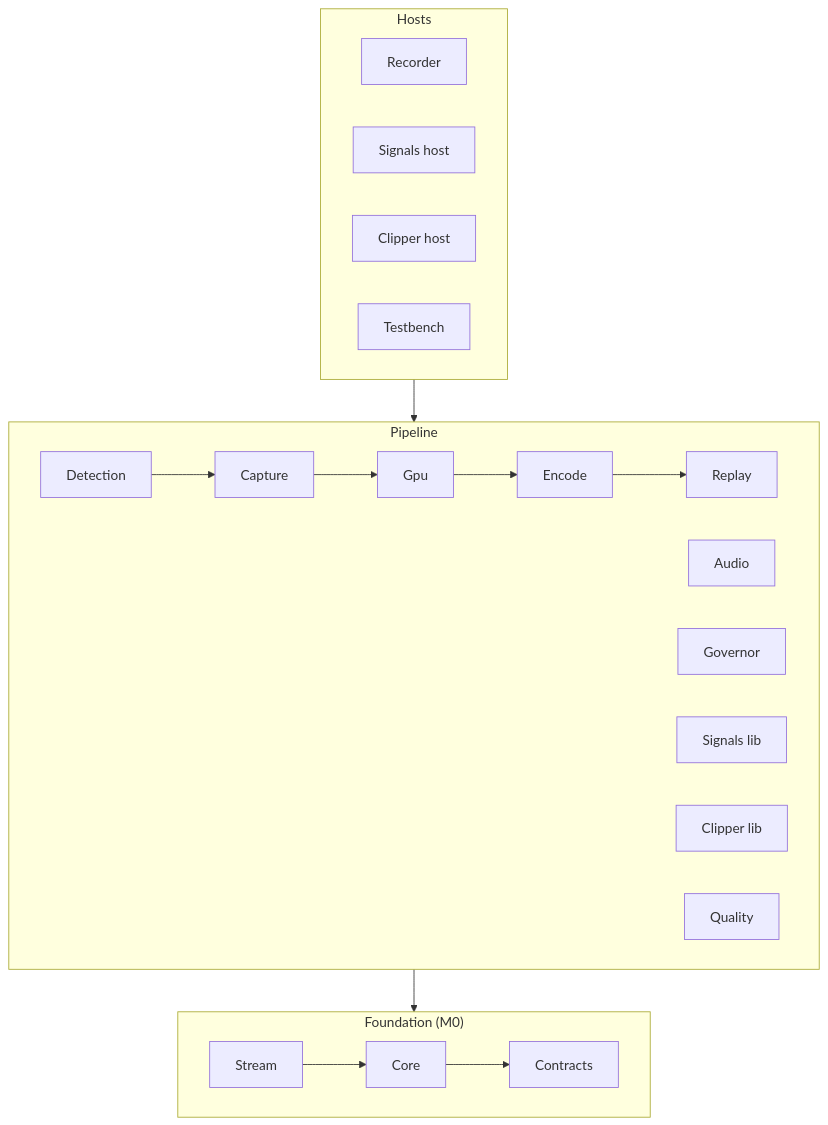
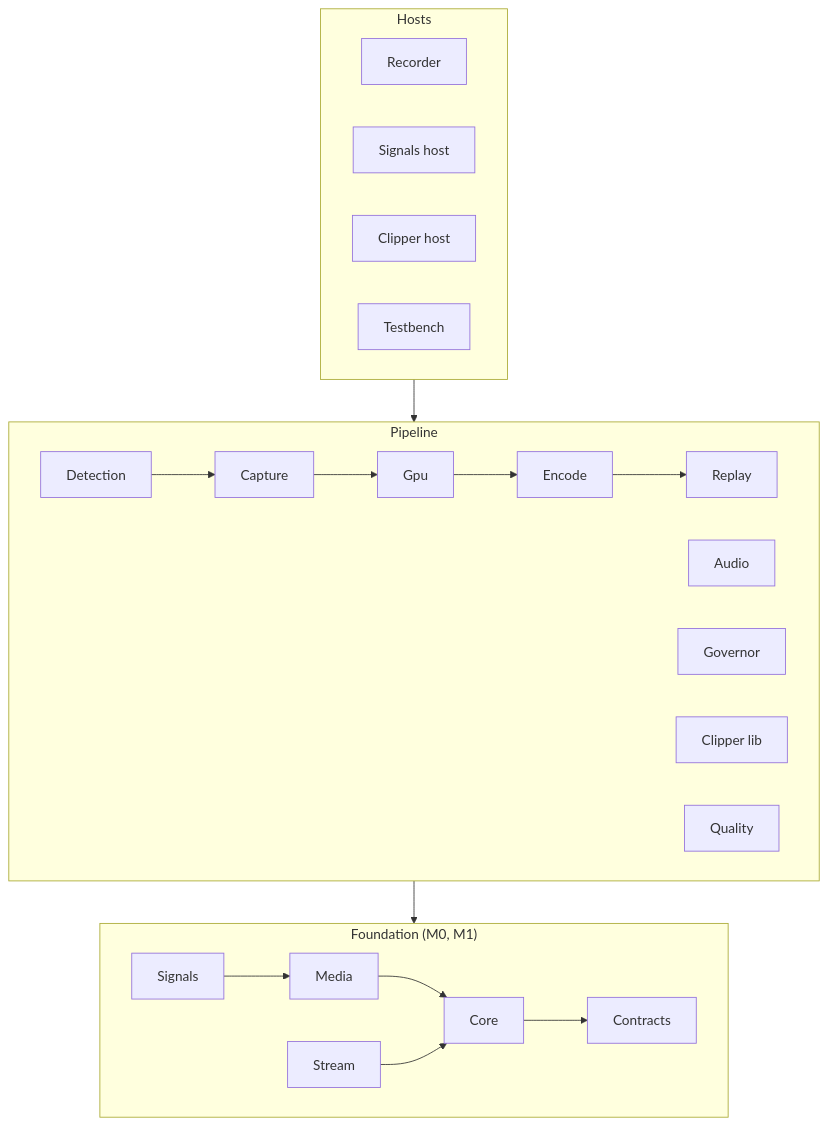
Before and after one commit to Joshmh7128/Lookback: the second of 2 diagrams in docs/wiki/Project-Structure.md, drawn with Mermaid. The commit also changed other lines of this file and 59 other files, not shown here.

````diff
--- a/docs/wiki/Project-Structure.md
+++ b/docs/wiki/Project-Structure.md
@@ -66,21 +78,21 @@
 ```mermaid
 flowchart TB
     subgraph Hosts
         REC[Recorder]
         SIG[Signals host]
         CLP[Clipper host]
         TB[Testbench]
     end
     subgraph Pipeline
         DET[Detection] --> CAP[Capture] --> GPU[Gpu] --> ENC[Encode] --> REP[Replay]
         AUD[Audio]
         GOVN[Governor]
-        SIGL[Signals lib]
         CLPL[Clipper lib]
         QUAL[Quality]
     end
-    subgraph Foundation["Foundation (M0)"]
+    subgraph Foundation["Foundation (M0, M1)"]
+        SIGL[Signals] --> MED[Media] --> CORE
         STR[Stream] --> CORE[Core] --> CON[Contracts]
     end
     Hosts --> Pipeline --> Foundation
 ```
````
